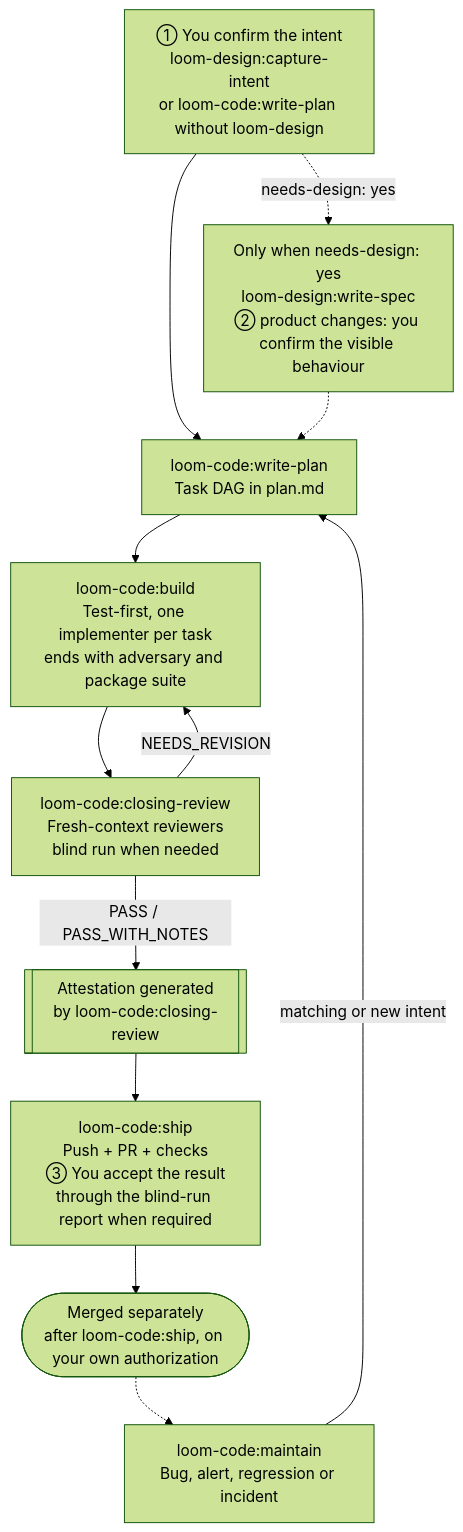
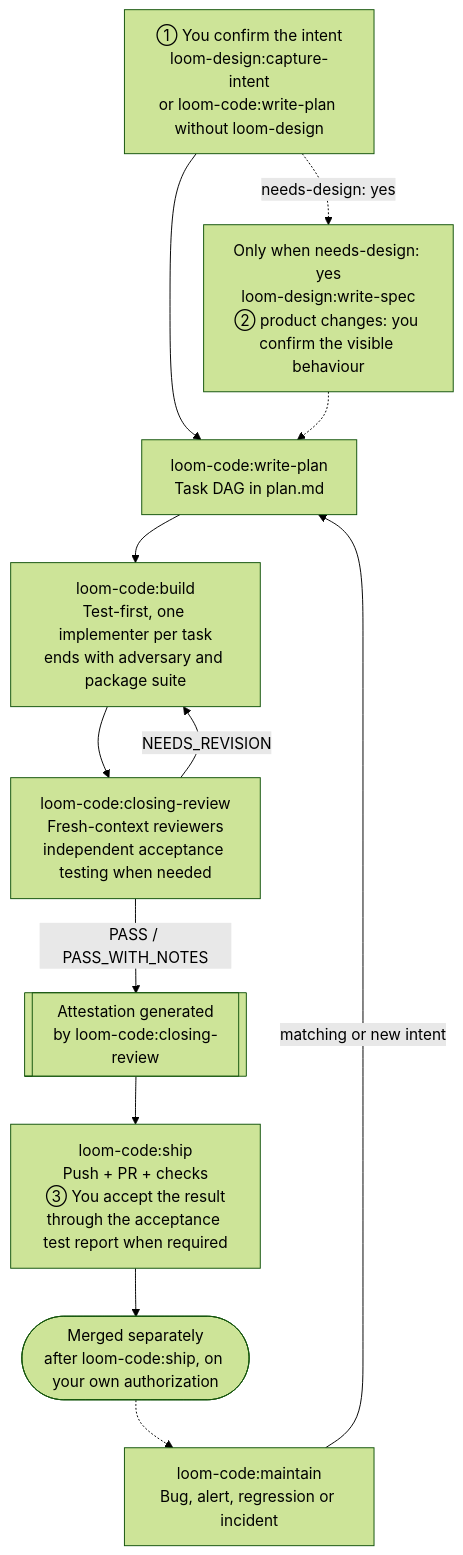
Before and after one commit to kouko/loom-plugins: the diagram in loom-code/README.md, drawn with Mermaid (forest theme). The commit also changed other lines of this file and 161 other files, not shown here.

First line of the commit message:
refactor(loom): rename the blind run to independent acceptance testing (#46)

````diff
--- a/loom-code/README.md
+++ b/loom-code/README.md
@@ -19,24 +19,24 @@
 ```mermaid
 flowchart TD
     intent["① You confirm the intent<br/>loom-design:capture-intent<br/>or loom-code:write-plan without loom-design"]
     spec["Only when needs-design: yes<br/>loom-design:write-spec<br/>② product changes: you confirm the visible behaviour"]
     plan["loom-code:write-plan<br/>Task DAG in plan.md"]
     build["loom-code:build<br/>Test-first, one implementer per task<br/>ends with adversary and package suite"]
-    review["loom-code:closing-review<br/>Fresh-context reviewers<br/>blind run when needed"]
+    review["loom-code:closing-review<br/>Fresh-context reviewers<br/>independent acceptance testing when needed"]
     attest[["Attestation generated<br/>by loom-code:closing-review"]]
-    ship["loom-code:ship<br/>Push + PR + checks<br/>③ You accept the result<br/>through the blind-run report when required"]
+    ship["loom-code:ship<br/>Push + PR + checks<br/>③ You accept the result<br/>through the acceptance test report when required"]
     merged(["Merged separately<br/>after loom-code:ship, on your own authorization"])
     maintain["loom-code:maintain<br/>Bug, alert, regression or incident"]
 
     intent --> plan
     intent -.->|"needs-design: yes"| spec
     spec -.-> plan
     plan --> build
     build --> review
     review -->|"NEEDS_REVISION"| build
     review -->|"PASS / PASS_WITH_NOTES"| attest
     attest --> ship
     ship --> merged
     merged -.-> maintain
     maintain -->|"matching or new intent"| plan
 ```
````
